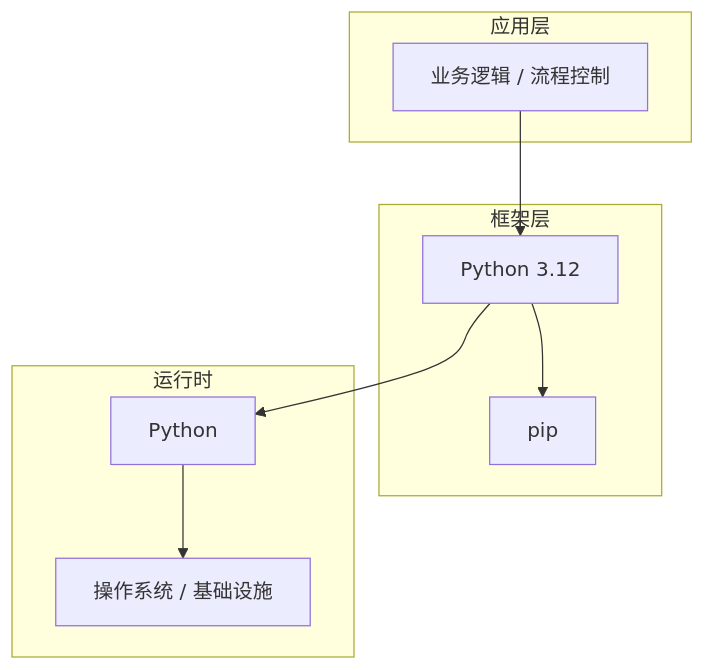
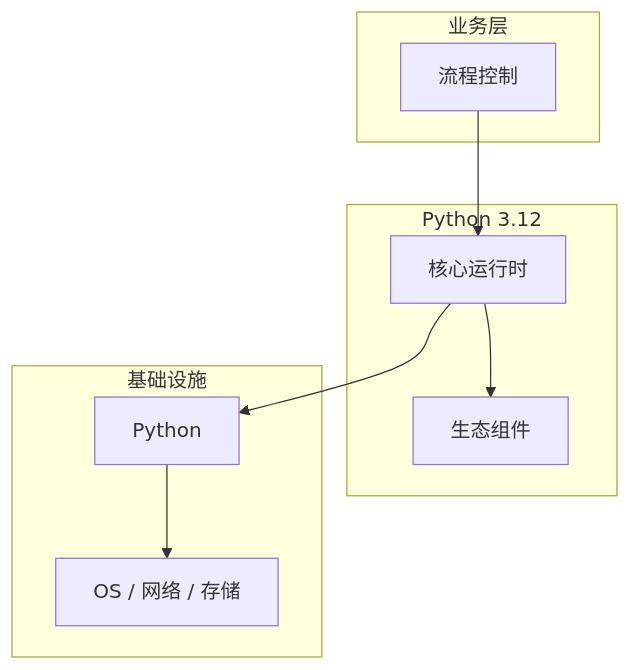
Before and after one commit to yanggan2015/knowledge-json-v2: the diagram in articles/Python核心/chapters/029-流程控制核心概念与原理.md, drawn with Mermaid. The commit also changed other lines of this file and 10127 other files, not shown here.

````diff
--- a/articles/Python核心/chapters/029-流程控制核心概念与原理.md
+++ b/articles/Python核心/chapters/029-流程控制核心概念与原理.md
@@ -45,18 +34,18 @@
 ```mermaid
 graph TB
-    subgraph 应用层
-        A[业务逻辑 / 流程控制]
+    subgraph 业务层
+        A[流程控制]
     end
-    subgraph 框架层
-        B[Python 3.12]
-        C[pip]
+    subgraph Python 3.12
+        B[核心运行时]
+        C[生态组件]
     end
-    subgraph 运行时
+    subgraph 基础设施
         D[Python]
-        E[操作系统 / 基础设施]
+        E[OS / 网络 / 存储]
     end
     A --> B
     B --> C
     B --> D
     D --> E
 ```
````
